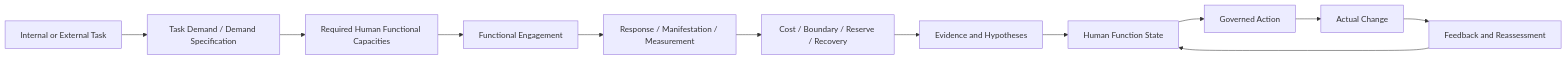
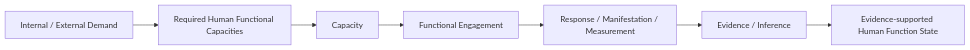
One commit to dlehche/Unified-Ontology-Of-Human-Function changed the diagram in README.md. Above: the diagram before and after it, drawn with Mermaid. The commit also changed other lines of this file and 16 other files, not shown here.

````diff
--- a/README.md
+++ b/README.md
@@ -122,14 +126,9 @@
 ```mermaid
 flowchart LR
-    T[Internal or External Task] --> D[Task Demand / Demand Specification]
-    D --> RC[Required Human Functional Capacities]
-    RC --> FE[Functional Engagement]
+    D[Internal / External Demand] --> RC[Required Human Functional Capacities]
+    RC --> C[Capacity]
+    C --> FE[Functional Engagement]
     FE --> R[Response / Manifestation / Measurement]
-    R --> C[Cost / Boundary / Reserve / Recovery]
-    C --> E[Evidence and Hypotheses]
-    E --> S[Human Function State]
-    S --> A[Governed Action]
-    A --> CH[Actual Change]
-    CH --> FB[Feedback and Reassessment]
-    FB --> S
+    R --> E[Evidence / Inference]
+    E --> S[Evidence-supported Human Function State]
 ```
````
